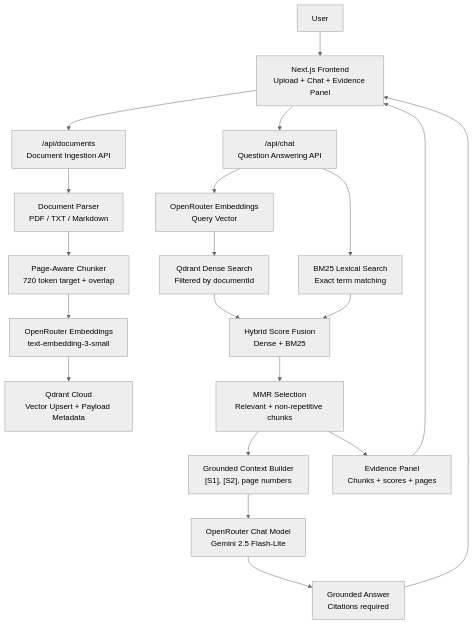
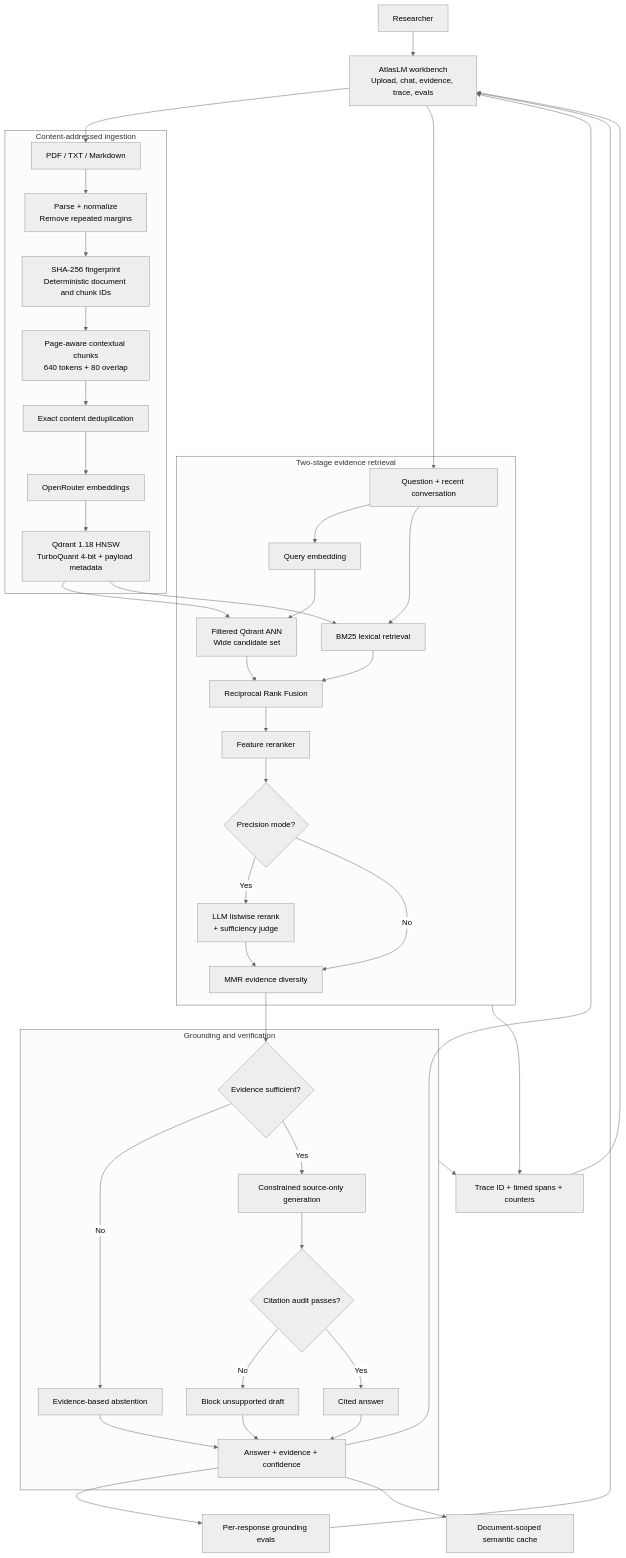
Before and after one commit to ReaperXD67/notebooklm-rag: the first of 3 diagrams in docs/HLD_DIAGRAM.md, drawn with Mermaid (neutral theme). The commit also changed other lines of this file and 31 other files, not shown here.

Commit message:
Build evidence-first advanced RAG workbench

````diff
--- a/docs/HLD_DIAGRAM.md
+++ b/docs/HLD_DIAGRAM.md
@@ -5,24 +5,52 @@
 ```mermaid
 flowchart TB
-    U["User"] --> UI["Next.js Frontend\nUpload + Chat + Evidence Panel"]
+    User["Researcher"] --> UI["AtlasLM workbench<br/>Upload, chat, evidence, trace, evals"]
 
-    UI --> UploadAPI["/api/documents\nDocument Ingestion API"]
-    UploadAPI --> Parser["Document Parser\nPDF / TXT / Markdown"]
-    Parser --> Chunker["Page-Aware Chunker\n720 token target + overlap"]
-    Chunker --> EmbedDocs["OpenRouter Embeddings\ntext-embedding-3-small"]
-    EmbedDocs --> QdrantWrite["Qdrant Cloud\nVector Upsert + Payload Metadata"]
+    subgraph Ingestion["Content-addressed ingestion"]
+        Upload["PDF / TXT / Markdown"] --> Normalize["Parse + normalize<br/>Remove repeated margins"]
+        Normalize --> Identity["SHA-256 fingerprint<br/>Deterministic document and chunk IDs"]
+        Identity --> Chunk["Page-aware contextual chunks<br/>640 tokens + 80 overlap"]
+        Chunk --> Dedupe["Exact content deduplication"]
+        Dedupe --> EmbedDoc["OpenRouter embeddings"]
+        EmbedDoc --> VectorDB["Qdrant 1.18 HNSW<br/>TurboQuant 4-bit + payload metadata"]
+    end
 
-    UI --> ChatAPI["/api/chat\nQuestion Answering API"]
-    ChatAPI --> EmbedQuery["OpenRouter Embeddings\nQuery Vector"]
-    EmbedQuery --> DenseSearch["Qdrant Dense Search\nFiltered by documentId"]
-    ChatAPI --> BM25["BM25 Lexical Search\nExact term matching"]
-    DenseSearch --> Fusion["Hybrid Score Fusion\nDense + BM25"]
-    BM25 --> Fusion
-    Fusion --> MMR["MMR Selection\nRelevant + non-repetitive chunks"]
-    MMR --> Context["Grounded Context Builder\n[S1], [S2], page numbers"]
-    Context --> LLM["OpenRouter Chat Model\nGemini 2.5 Flash-Lite"]
-    LLM --> Answer["Grounded Answer\nCitations required"]
-    Answer --> UI
-    MMR --> UIEvidence["Evidence Panel\nChunks + scores + pages"]
-    UIEvidence --> UI
+    UI --> Upload
+
+    subgraph Retrieval["Two-stage evidence retrieval"]
+        Question["Question + recent conversation"] --> EmbedQuery["Query embedding"]
+        EmbedQuery --> ANN["Filtered Qdrant ANN<br/>Wide candidate set"]
+        Question --> BM25["BM25 lexical retrieval"]
+        ANN --> RRF["Reciprocal Rank Fusion"]
+        BM25 --> RRF
+        RRF --> Feature["Feature reranker"]
+        Feature --> Precision{"Precision mode?"}
+        Precision -->|"Yes"| Listwise["LLM listwise rerank<br/>+ sufficiency judge"]
+        Precision -->|"No"| MMR["MMR evidence diversity"]
+        Listwise --> MMR
+    end
+
+    UI --> Question
+    VectorDB --> ANN
+    VectorDB --> BM25
+
+    subgraph Grounding["Grounding and verification"]
+        MMR --> Gate{"Evidence sufficient?"}
+        Gate -->|"No"| Abstain["Evidence-based abstention"]
+        Gate -->|"Yes"| Generate["Constrained source-only generation"]
+        Generate --> Audit{"Citation audit passes?"}
+        Audit -->|"No"| Block["Block unsupported draft"]
+        Audit -->|"Yes"| Answer["Cited answer"]
+        Abstain --> Result["Answer + evidence + confidence"]
+        Block --> Result
+        Answer --> Result
+    end
+
+    Result --> UI
+    Result --> Eval["Per-response grounding evals"]
+    Result --> Cache["Document-scoped semantic cache"]
+    Retrieval --> Trace["Trace ID + timed spans + counters"]
+    Grounding --> Trace
+    Eval --> UI
+    Trace --> UI
 ```
````
